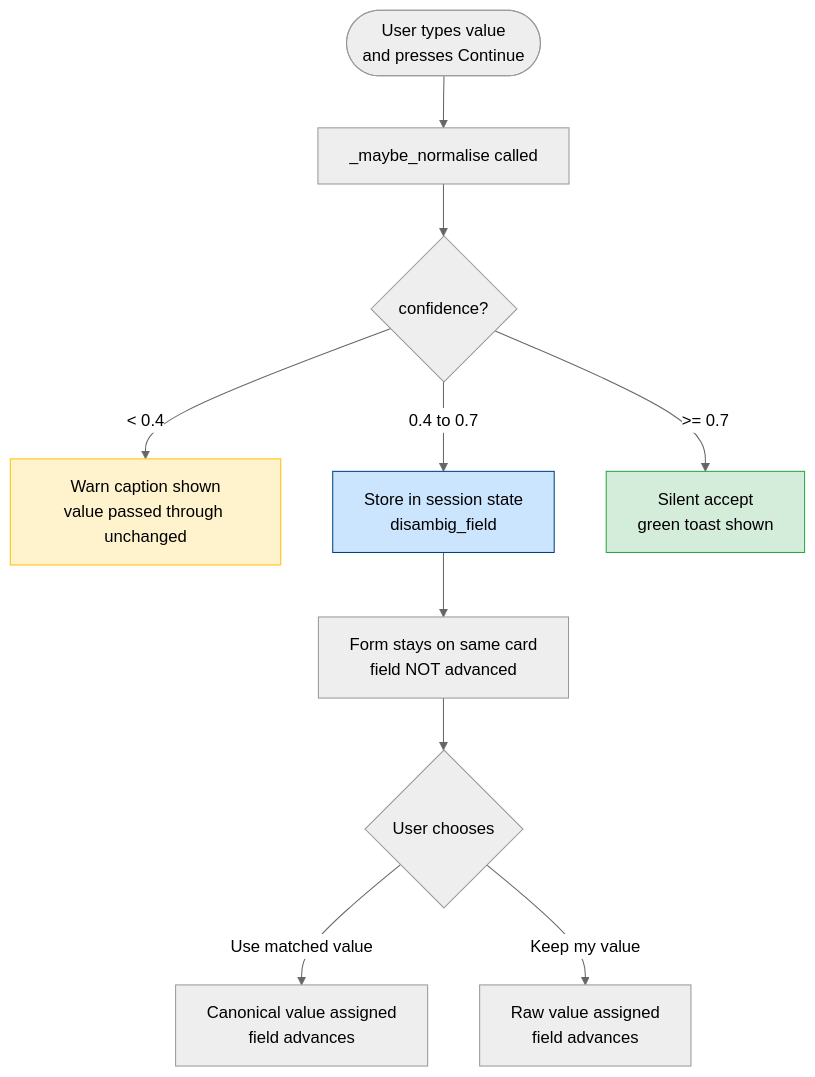
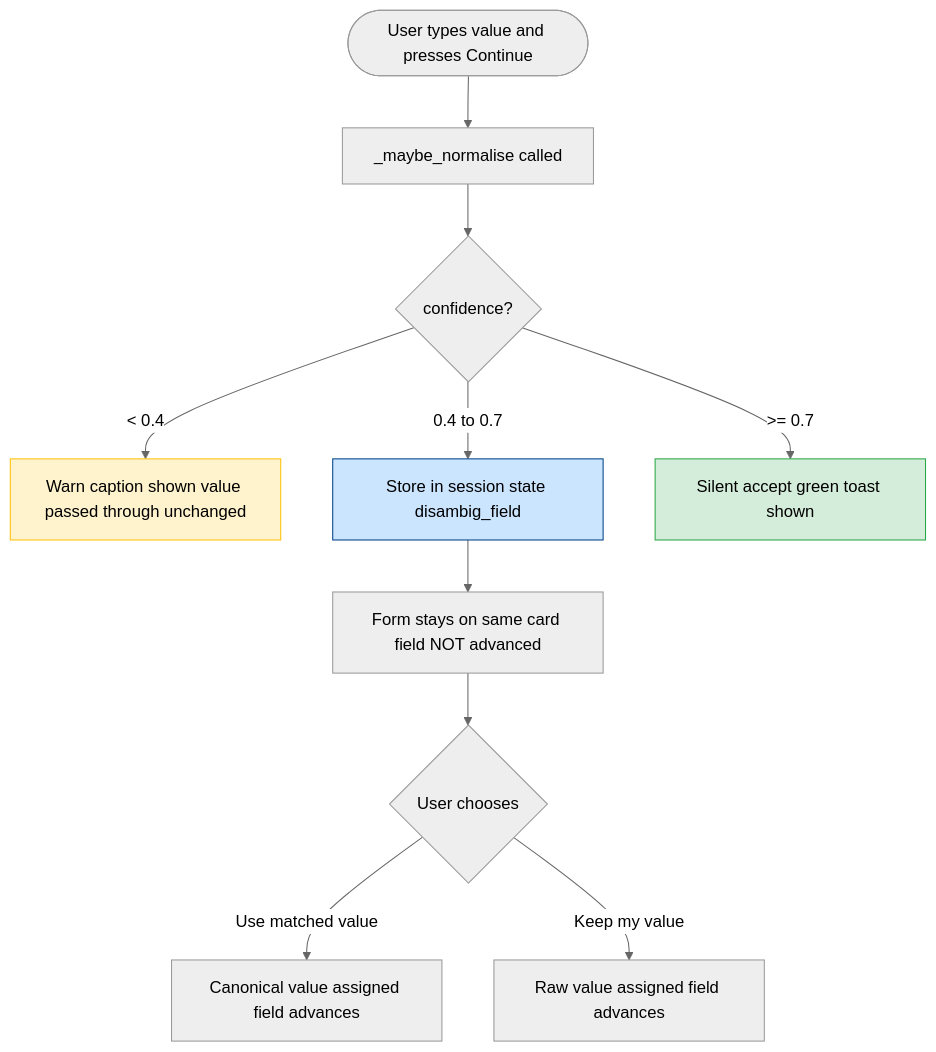
Before and after one commit to vm799/data-product-concierge: the fifth of 5 diagrams in README.md, drawn with Mermaid (neutral theme). The commit also changed other lines of this file and 1 other file, not shown here.

````diff
--- a/README.md
+++ b/README.md
@@ -658,16 +658,16 @@
 ```mermaid
 flowchart TD
-    A([User types value\nand presses Continue]) --> B[_maybe_normalise called]
+    A([User types value and presses Continue]) --> B[_maybe_normalise called]
     B --> C{confidence?}
-    C -->|< 0.4| D[Warn caption shown\nvalue passed through unchanged]
-    C -->|0.4 to 0.7| E[Store in session state\ndisambig_field]
-    E --> F[Form stays on same card\nfield NOT advanced]
+    C -->|< 0.4| D[Warn caption shown value passed through unchanged]
+    C -->|0.4 to 0.7| E[Store in session state disambig_field]
+    E --> F[Form stays on same card field NOT advanced]
     F --> G{User chooses}
-    G -->|Use matched value| H[Canonical value assigned\nfield advances]
-    G -->|Keep my value| I[Raw value assigned\nfield advances]
-    C -->|>= 0.7| J[Silent accept\ngreen toast shown]
+    G -->|Use matched value| H[Canonical value assigned field advances]
+    G -->|Keep my value| I[Raw value assigned field advances]
+    C -->|>= 0.7| J[Silent accept green toast shown]
 
     style D fill:#fff3cd,stroke:#ffc107
     style E fill:#cce5ff,stroke:#004085
     style J fill:#d4edda,stroke:#28a745
 ```
````
